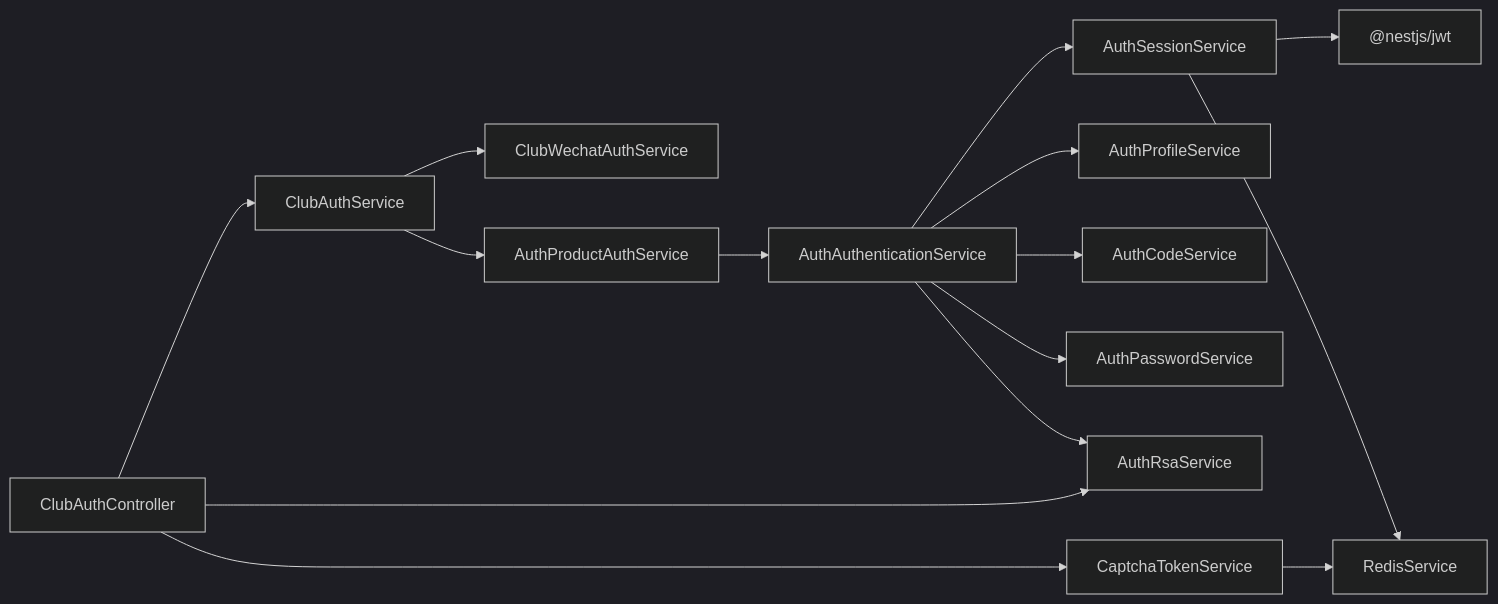
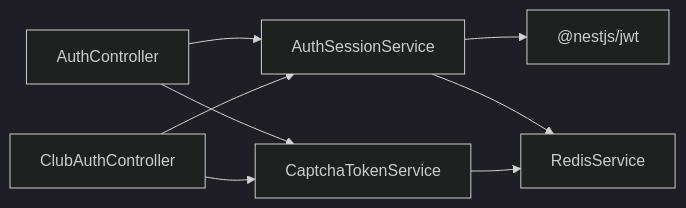
One commit to rc558620/purelyprofit-server changed the fifth of 5 diagrams in .qoder/repowiki/zh/content/API 接口文档/认证接口.md. Above: the diagram before and after it, drawn with Mermaid (dark theme). The commit also changed other lines of this file and 55 other files, not shown here.

````diff
--- a/.qoder/repowiki/zh/content/API 接口文档/认证接口.md
+++ b/.qoder/repowiki/zh/content/API 接口文档/认证接口.md
@@ -389,17 +437,10 @@
 ```mermaid
 graph LR
-ClubCtrl["ClubAuthController"] --> ClubSvc["ClubAuthService"]
-ClubCtrl --> RsaSvc["AuthRsaService"]
-ClubCtrl --> CaptchaSvc["CaptchaTokenService"]
-ClubSvc --> WechatSvc["ClubWechatAuthService"]
-ClubSvc --> UnifiedSvc["AuthProductAuthService"]
-UnifiedSvc --> AuthSvc["AuthAuthenticationService"]
-AuthSvc --> SessionSvc["AuthSessionService"]
-AuthSvc --> ProfileSvc["AuthProfileService"]
-AuthSvc --> CodeSvc["AuthCodeService"]
-AuthSvc --> PassSvc["AuthPasswordService"]
-AuthSvc --> RsaSvc
+AuthCtrl["AuthController"] --> SessionSvc["AuthSessionService"]
+AuthCtrl --> CaptchaSvc["CaptchaTokenService"]
+ClubCtrl["ClubAuthController"] --> SessionSvc
+ClubCtrl --> CaptchaSvc
 SessionSvc --> JWT["@nestjs/jwt"]
 SessionSvc --> Redis["RedisService"]
 CaptchaSvc --> Redis
 ```
````
